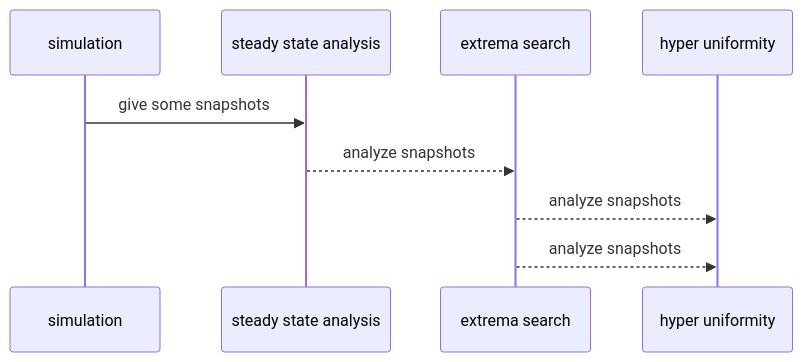
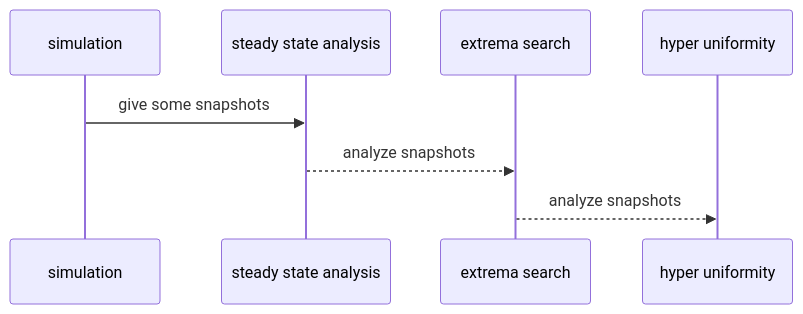
Before and after one commit to abdelrahmanaltawil/active-flow: the second of 3 diagrams in docs/framework.md, drawn with Mermaid.

````diff
--- a/docs/framework.md
+++ b/docs/framework.md
@@ -15,11 +15,10 @@
 ```mermaid
 sequenceDiagram
     participant simulation
     participant steady state analysis
     participant extrema search
     participant hyper uniformity
     simulation->>steady state analysis: give some snapshots
     steady state analysis-->>extrema search: analyze snapshots
     extrema search-->>hyper uniformity: analyze snapshots
-    extrema search-->>hyper uniformity: analyze snapshots
 ```
````
